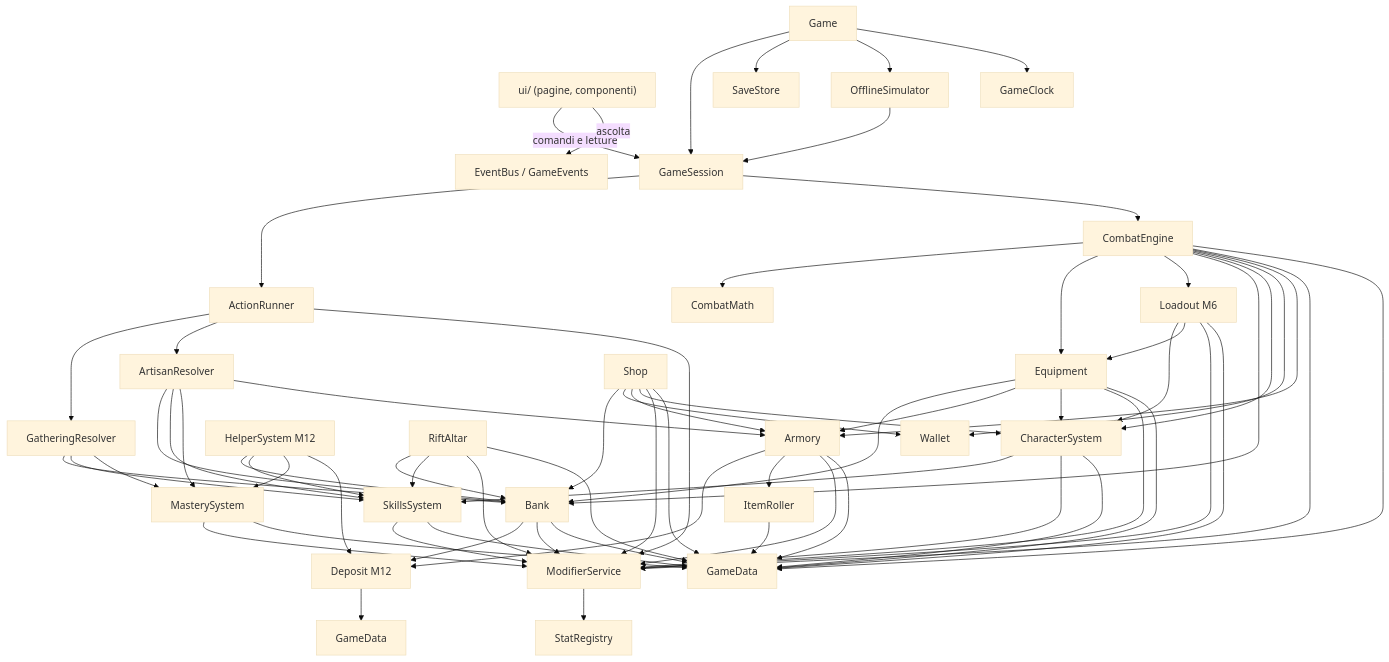
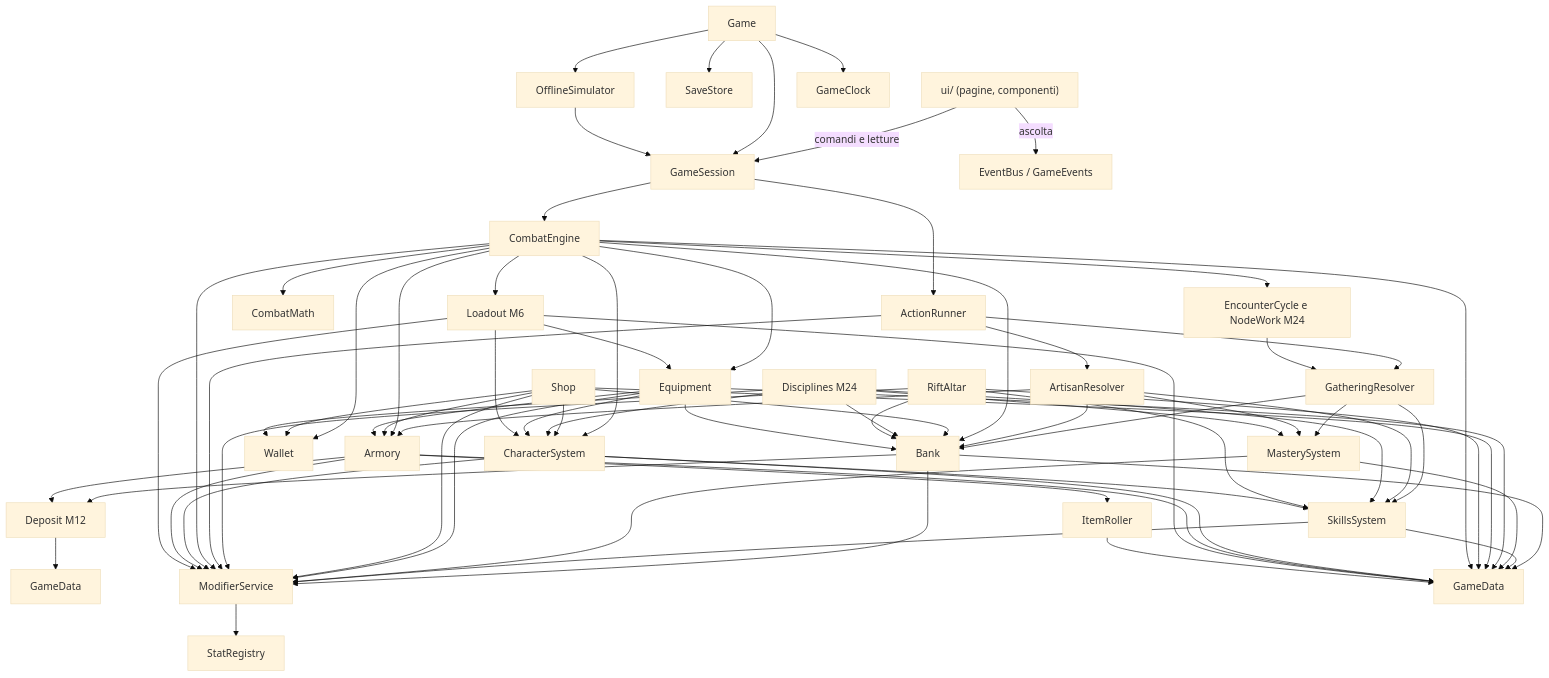
The second of 6 diagrams in docs/03_ARCHITECTURE.md (BriLaLaLa/Rifstone-Saga---Melvor), drawn with Mermaid (base theme) before and after one commit. The commit also changed other lines of this file and 12 other files, not shown here.

````diff
--- a/docs/03_ARCHITECTURE.md
+++ b/docs/03_ARCHITECTURE.md
@@ -175,37 +175,38 @@
 ```mermaid
 flowchart TD
     UI["ui/ (pagine, componenti)"] -->|comandi e letture| GS[GameSession]
     UI -->|ascolta| EB[EventBus / GameEvents]
     G[Game] --> GS
     G --> SS[SaveStore]
     G --> OS[OfflineSimulator]
     G --> GC[GameClock]
     OS --> GS
     GS --> AR[ActionRunner]
     GS --> CE[CombatEngine]
     AR --> GR[GatheringResolver]
     AR --> ArR[ArtisanResolver]
     GR & ArR --> BK[Bank]
     GR & ArR --> SK[SkillsSystem]
     GR & ArR --> MS[MasterySystem]
     ArR --> AM[Armory]
     CE --> CM[CombatMath]
     CE --> EQ[Equipment]
     CE --> LO[Loadout M6]
     CE --> BK
     CE --> CH[CharacterSystem]
     CE --> WL[Wallet]
     CE --> AM
     SH[Shop] --> BK & WL & AM & CH
-    HS[HelperSystem M12] --> BK & SK & MS & DP
+    DI[Disciplines M24] --> WL & BK & SK & MS & CH
+    CE --> NW[EncounterCycle e NodeWork M24] --> GR
     BK & AM --> DP[Deposit M12]
     DP --> GD2[GameData]
     RA[RiftAltar] --> BK & SK
     EQ --> BK & AM & CH
     LO --> CH & EQ
     CH --> SK
     AM --> IR[ItemRoller]
     BK & SK & MS & EQ & SH & RA & AR & CE & CH & AM & LO --> MOD[ModifierService]
     MOD --> SR[StatRegistry]
     BK & SK & MS & EQ & SH & RA & CE & CH & AM & LO & IR --> GD[GameData]
 ```
````
